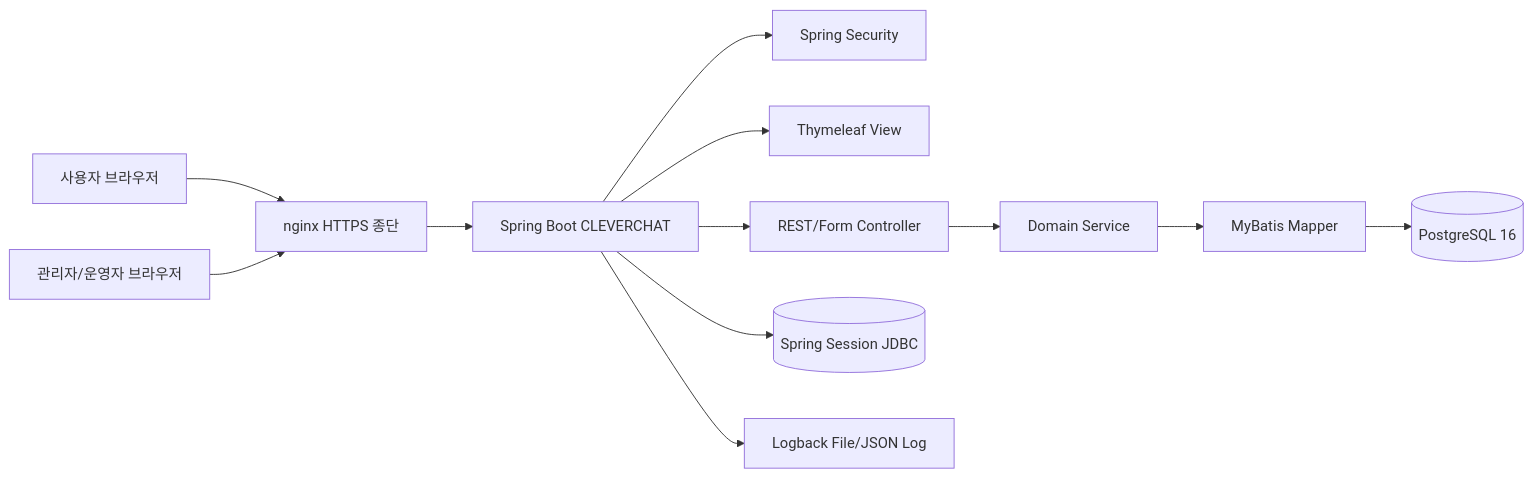
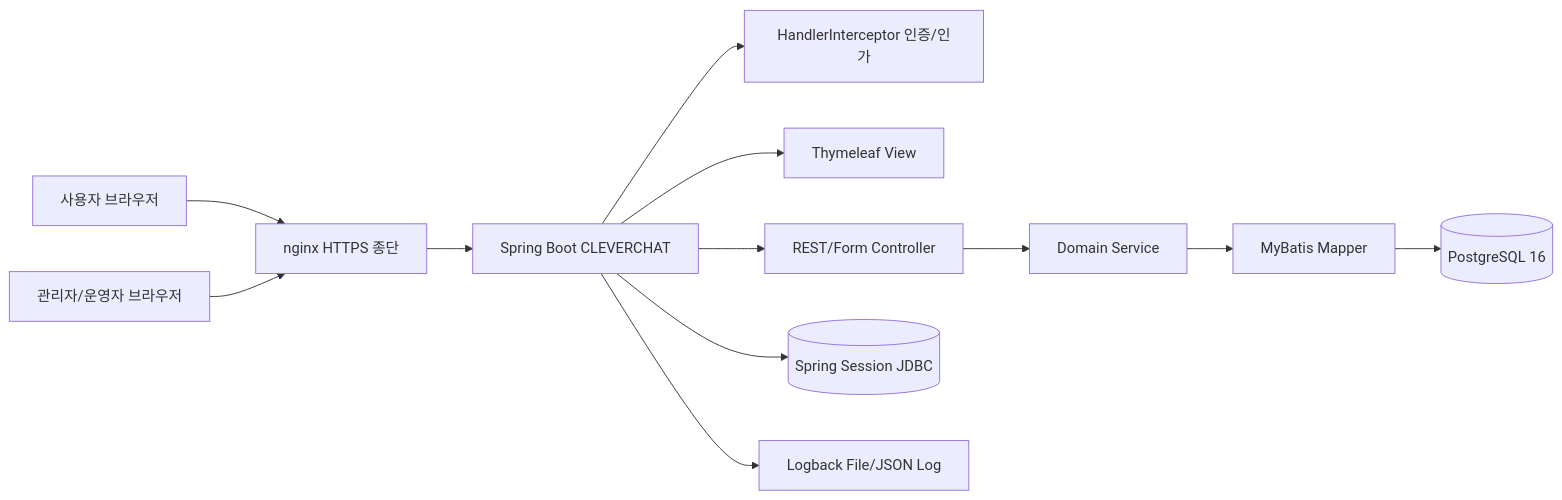
The first of 2 diagrams in 2.설계/04.아키텍처/시스템구성도.md (k2min1984/CleverChat), drawn with Mermaid before and after one commit. The commit also changed other lines of this file and 7 other files, not shown here.

Commit message:
docs(auth): Spring Security 잔재 문구를 인터셉터 인증 기준으로 정정

````diff
--- a/2.설계/04.아키텍처/시스템구성도.md
+++ b/2.설계/04.아키텍처/시스템구성도.md
@@ -8,14 +8,14 @@
 ```mermaid
 flowchart LR
     User[사용자 브라우저] --> Nginx[nginx HTTPS 종단]
     Admin[관리자/운영자 브라우저] --> Nginx
     Nginx --> App[Spring Boot CLEVERCHAT]
-    App --> Security[Spring Security]
+    App --> AuthItc[HandlerInterceptor 인증/인가]
     App --> Thymeleaf[Thymeleaf View]
     App --> Api[REST/Form Controller]
     Api --> Service[Domain Service]
     Service --> Mapper[MyBatis Mapper]
     Mapper --> Db[(PostgreSQL 16)]
     App --> Session[(Spring Session JDBC)]
     App --> Log[Logback File/JSON Log]
 ```
````
